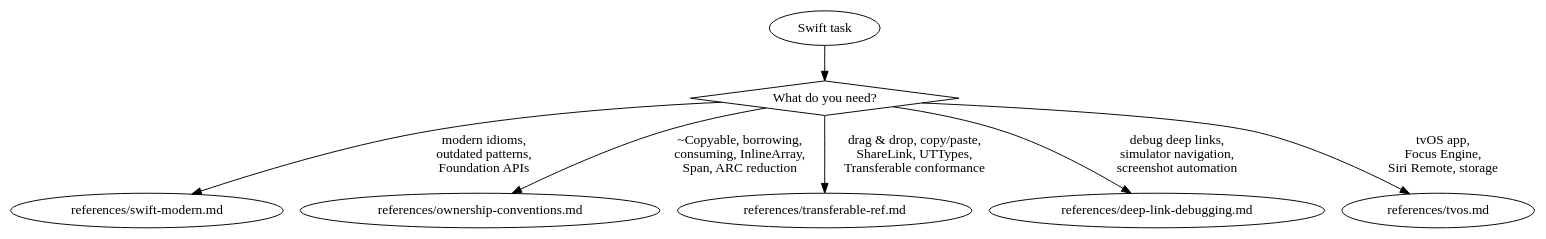
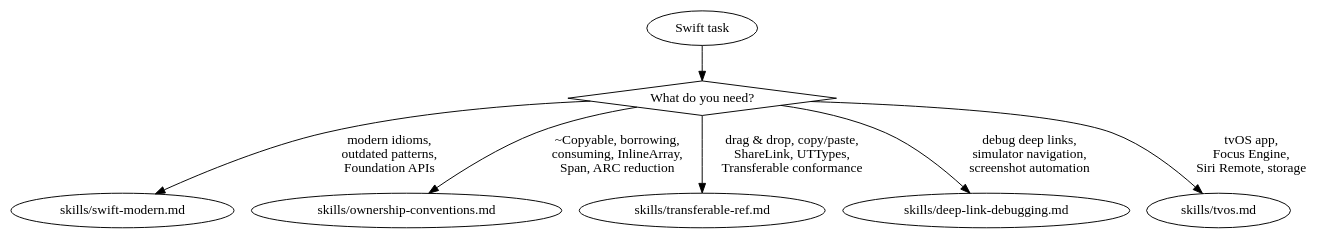
The diagram in .claude-plugin/plugins/axiom/skills/axiom-swift/SKILL.md (CharlesWiltgen/Axiom), drawn with Graphviz before and after one commit. The commit also changed other lines of this file and 266 other files, not shown here.

First line of the commit message:
refactor(skills): rename references/ to skills/ across all suites

````diff
--- a/.claude-plugin/plugins/axiom/skills/axiom-swift/SKILL.md
+++ b/.claude-plugin/plugins/axiom/skills/axiom-swift/SKILL.md
@@ -36,13 +36,13 @@
 ```dot
 digraph swift {
     start [label="Swift task" shape=ellipse];
     what [label="What do you need?" shape=diamond];
 
     start -> what;
-    what -> "references/swift-modern.md" [label="modern idioms,\noutdated patterns,\nFoundation APIs"];
-    what -> "references/ownership-conventions.md" [label="~Copyable, borrowing,\nconsuming, InlineArray,\nSpan, ARC reduction"];
-    what -> "references/transferable-ref.md" [label="drag & drop, copy/paste,\nShareLink, UTTypes,\nTransferable conformance"];
-    what -> "references/deep-link-debugging.md" [label="debug deep links,\nsimulator navigation,\nscreenshot automation"];
-    what -> "references/tvos.md" [label="tvOS app,\nFocus Engine,\nSiri Remote, storage"];
+    what -> "skills/swift-modern.md" [label="modern idioms,\noutdated patterns,\nFoundation APIs"];
+    what -> "skills/ownership-conventions.md" [label="~Copyable, borrowing,\nconsuming, InlineArray,\nSpan, ARC reduction"];
+    what -> "skills/transferable-ref.md" [label="drag & drop, copy/paste,\nShareLink, UTTypes,\nTransferable conformance"];
+    what -> "skills/deep-link-debugging.md" [label="debug deep links,\nsimulator navigation,\nscreenshot automation"];
+    what -> "skills/tvos.md" [label="tvOS app,\nFocus Engine,\nSiri Remote, storage"];
 }
 ```
````
